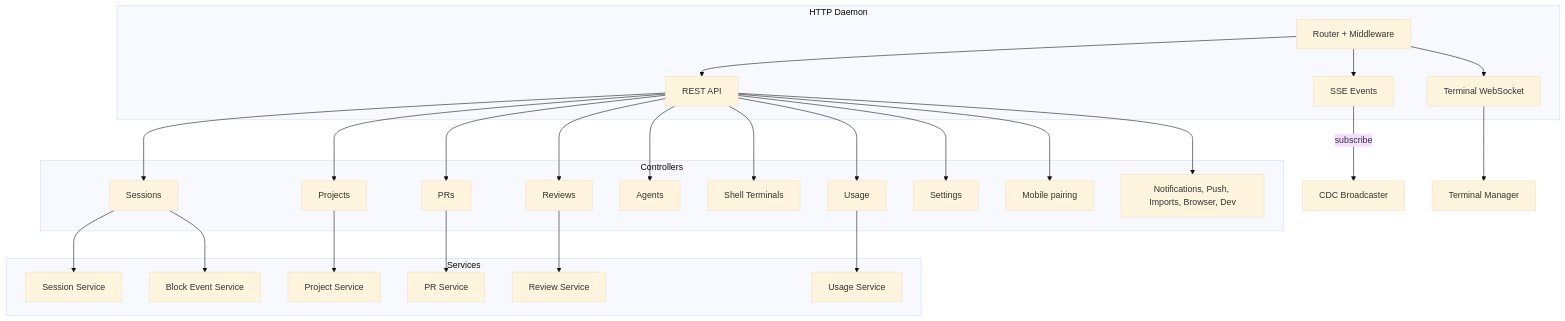
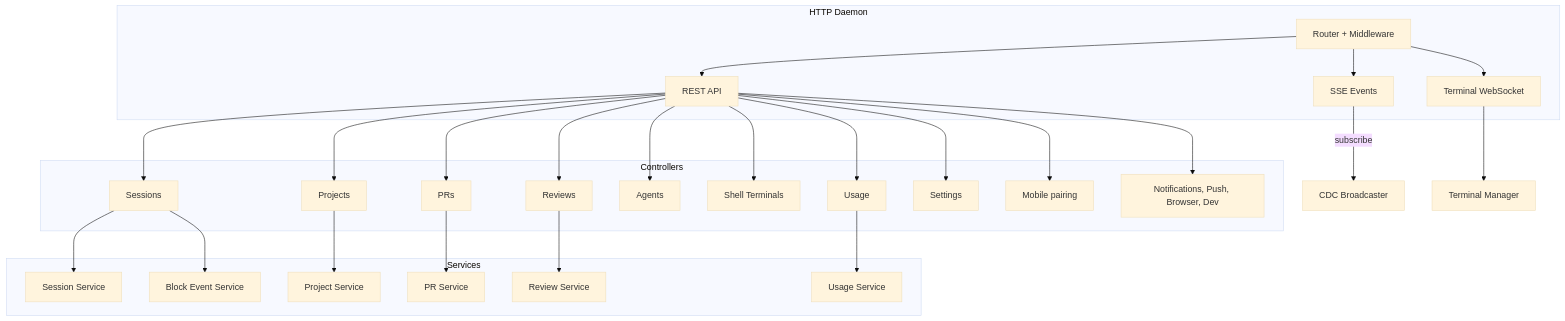
Diagram 20 of 23 in docs/architecture.md (OmarAly92/Operator), drawn with Mermaid (base theme) before and after one commit. The commit also changed other lines of this file and 66 other files, not shown here.

````diff
--- a/docs/architecture.md
+++ b/docs/architecture.md
@@ -838,54 +836,54 @@
 ```mermaid
 flowchart TD
     subgraph HTTPD["HTTP Daemon"]
         Router[Router + Middleware]
 
         Router --> API[REST API]
         Router --> Events[SSE Events]
         Router --> Terminal[Terminal WebSocket]
     end
 
     subgraph Controllers["Controllers"]
         Sessions[Sessions]
         Projects[Projects]
         PRs[PRs]
         Reviews[Reviews]
         Agents[Agents]
         Shells[Shell Terminals]
         Usage[Usage]
         Settings[Settings]
         Mobile[Mobile pairing]
-        Others[Notifications, Push, Imports, Browser, Dev]
+        Others[Notifications, Push, Browser, Dev]
     end
 
     subgraph Services["Services"]
         SessionSvc[Session Service]
         ProjectSvc[Project Service]
         PRSvc[PR Service]
         ReviewSvc[Review Service]
         BlockSvc[Block Event Service]
         UsageSvc[Usage Service]
     end
 
     API --> Sessions
     API --> Projects
     API --> PRs
     API --> Reviews
     API --> Agents
     API --> Shells
     API --> Usage
     API --> Settings
     API --> Mobile
     API --> Others
 
     Sessions --> SessionSvc
     Sessions --> BlockSvc
     Projects --> ProjectSvc
     PRs --> PRSvc
     Reviews --> ReviewSvc
     Usage --> UsageSvc
 
     Events -->|subscribe| CDC[CDC Broadcaster]
     Terminal --> TerminalMux[Terminal Manager]
 
 ```
````
